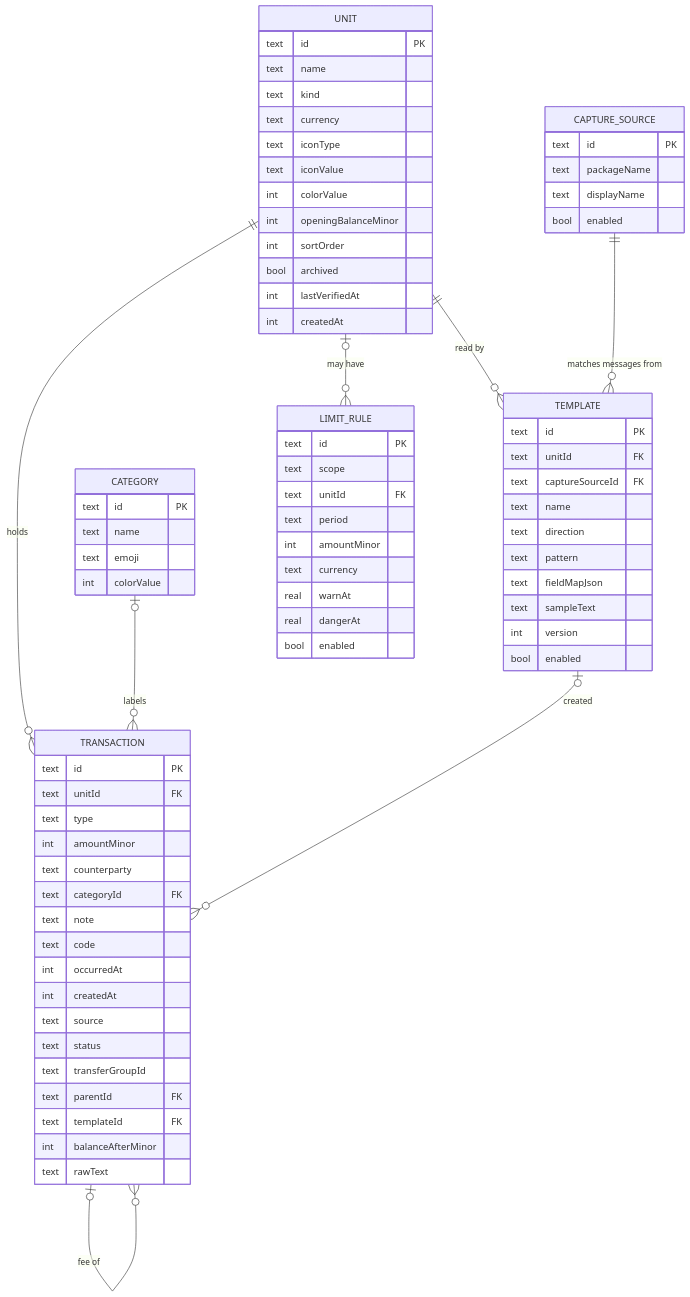
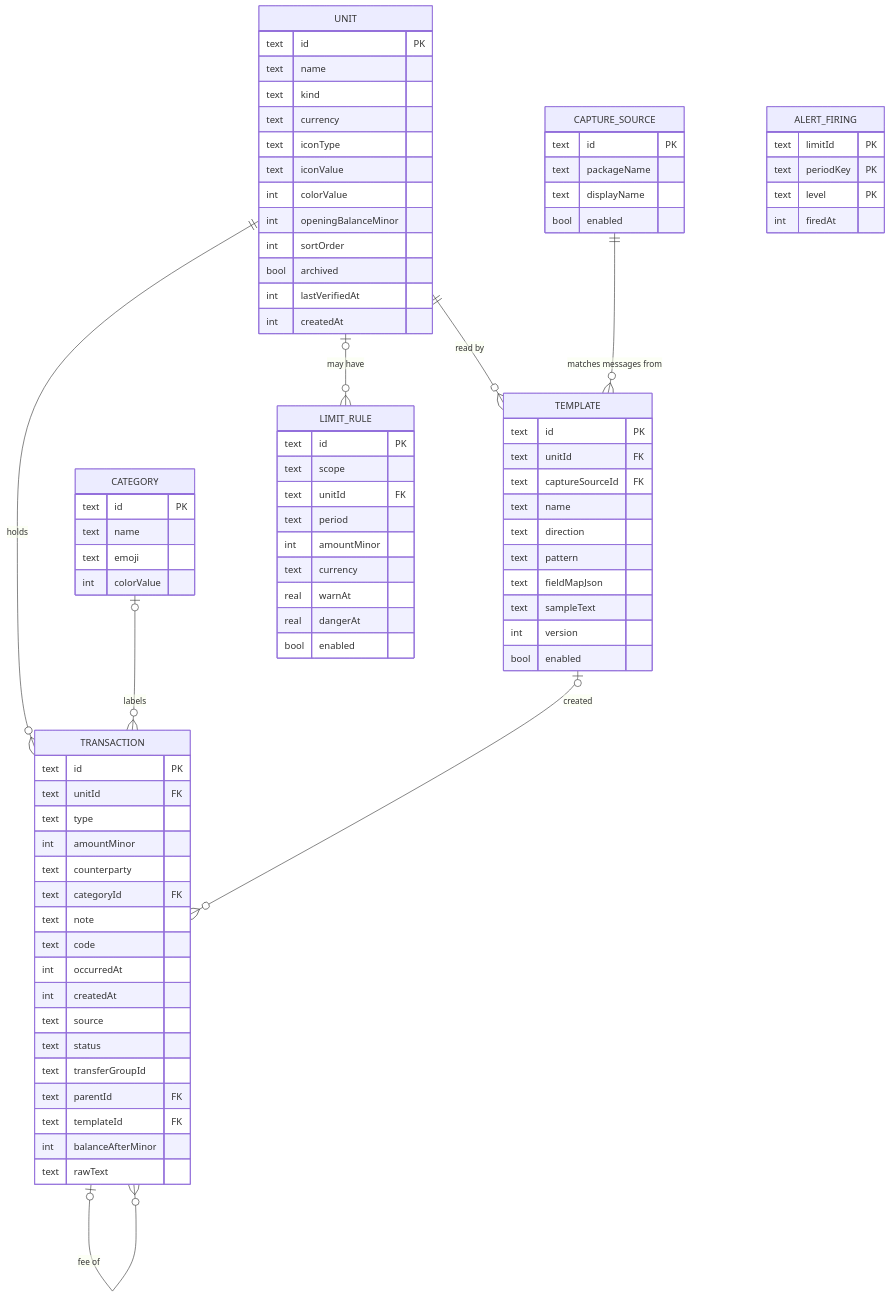
One commit to MoMalley254/fuata changed the third of 3 diagrams in docs/design.md. Above: the diagram before and after it, drawn with Mermaid. The commit also changed other lines of this file and 5 other files, not shown here.

````diff
--- a/docs/design.md
+++ b/docs/design.md
@@ -154,4 +158,10 @@
     text displayName
     bool enabled
   }
+  ALERT_FIRING {
+    text limitId PK
+    text periodKey PK
+    text level PK
+    int firedAt
+  }
 ```
````
